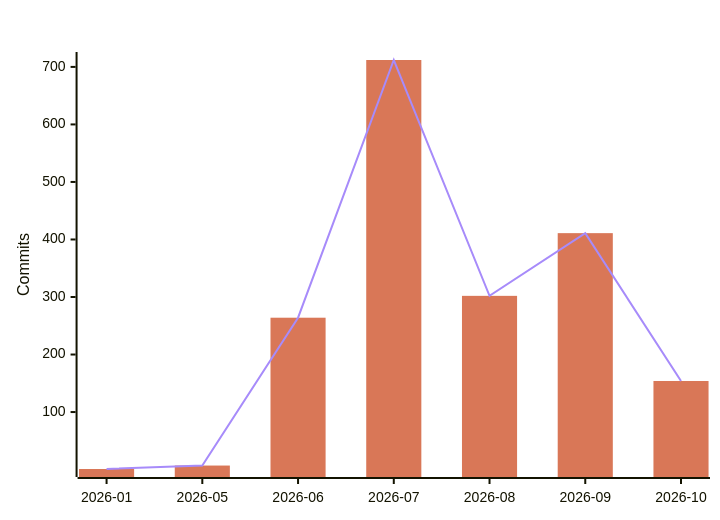
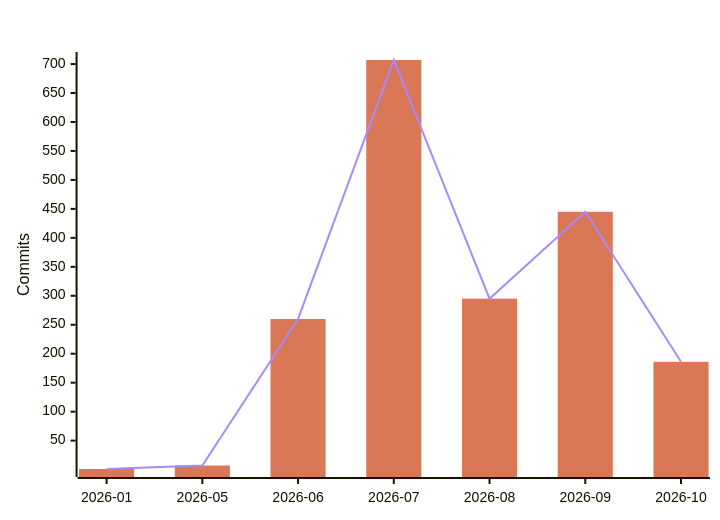
Before and after one commit to polo-nyan/polo-nyan: the fourth of 7 diagrams in README.md, drawn with Mermaid. The commit also changed other lines of this file and 1 other file, not shown here.

````diff
--- a/README.md
+++ b/README.md
@@ -294,9 +294,9 @@
 ```mermaid
 %%{init: {"xyChart": {"titleColor": "#ffffff", "xAxisLabelColor": "#ffffff", "yAxisLabelColor": "#ffffff"}, "themeVariables": {"xyChart": {"titleColor": "#ffffff", "plotColorPalette": "#d97757, #a78bfa"}}}}%%
 xychart-beta
     title "AI-Assisted Commits Per Month"
     x-axis ["2026-01", "2026-05", "2026-06", "2026-07", "2026-08", "2026-09", "2026-10"]
     y-axis "Commits"
-    bar [1, 7, 264, 712, 302, 411, 154]
-    line [1, 7, 264, 712, 302, 411, 154]
+    bar [1, 7, 260, 707, 295, 445, 186]
+    line [1, 7, 260, 707, 295, 445, 186]
 ```
````
